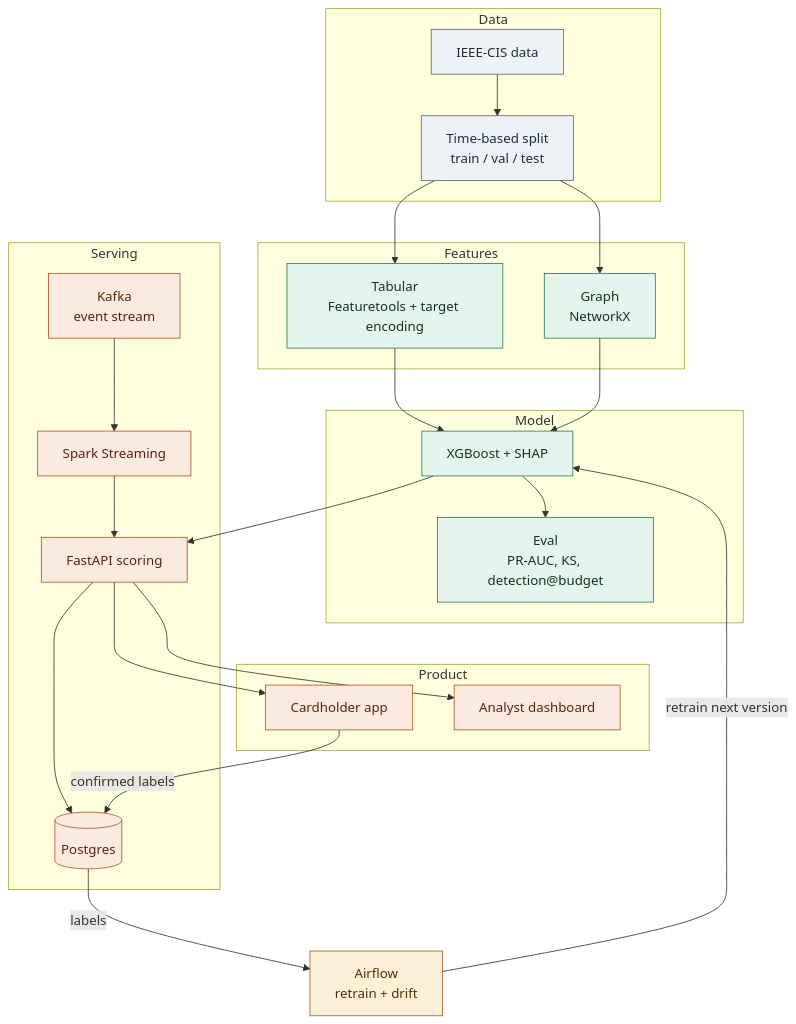
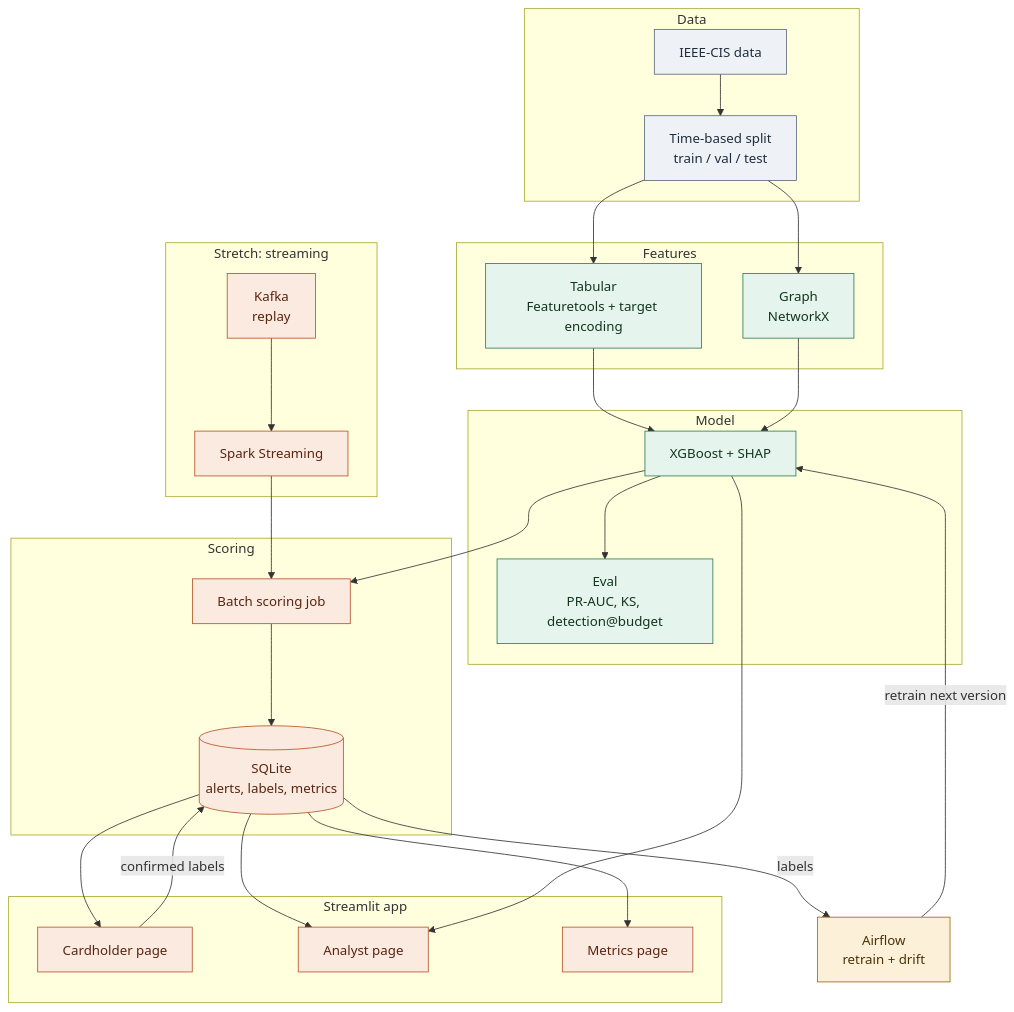
The second of 9 diagrams in fraud-system/README.md (Break-Through-Tech/Banking-1B-online-payment-fraud-detection-using-high-dimensional-transaction-data), drawn with Mermaid before and after one commit. The commit also changed other lines of this file and 2 other files, not shown here.

Commit message:
Update README and contracts for Streamlit plan

````diff
--- a/fraud-system/README.md
+++ b/fraud-system/README.md
@@ -49,45 +49,50 @@
 ```mermaid
 flowchart TD
     subgraph DATA["Data"]
       D1["IEEE-CIS data"] --> D2["Time-based split<br/>train / val / test"]
     end
     subgraph FEAT["Features"]
       F1["Tabular<br/>Featuretools + target encoding"]
       F2["Graph<br/>NetworkX"]
     end
     subgraph MODEL["Model"]
       M1["XGBoost + SHAP"]
       M2["Eval<br/>PR-AUC, KS, detection@budget"]
     end
-    subgraph SERVE["Serving"]
-      S1["Kafka<br/>event stream"] --> S2["Spark Streaming"]
-      S2 --> S3["FastAPI scoring"]
-      S3 --> S4[("Postgres")]
+    subgraph SERVE["Scoring"]
+      S3["Batch scoring job"] --> S4[("SQLite<br/>alerts, labels, metrics")]
     end
-    subgraph APPS["Product"]
-      A1["Cardholder app"]
-      A2["Analyst dashboard"]
+    subgraph STRETCH["Stretch: streaming"]
+      S1["Kafka<br/>replay"] --> S2["Spark Streaming"]
+    end
+    subgraph APPS["Streamlit app"]
+      A1["Cardholder page"]
+      A2["Analyst page"]
+      A3["Metrics page"]
     end
     O1["Airflow<br/>retrain + drift"]
 
     D2 --> F1
     D2 --> F2
     F1 --> M1
     F2 --> M1
     M1 --> M2
     M1 --> S3
-    S3 --> A1
-    S3 --> A2
+    S2 --> S3
+    S4 --> A1
+    S4 --> A2
+    S4 --> A3
+    M1 --> A2
     A1 -->|"confirmed labels"| S4
     S4 -->|"labels"| O1
     O1 -->|"retrain next version"| M1
 
     classDef data fill:#eef2f7,stroke:#5b6b7a,color:#1f2d3d;
     classDef core fill:#e5f4ec,stroke:#2e7d57,color:#13351f;
     classDef serve fill:#fbeadf,stroke:#b4552b,color:#5a2410;
     classDef orch fill:#fcf0d9,stroke:#9a6a12,color:#4a3206;
     class D1,D2 data;
     class F1,F2,M1,M2 core;
-    class S1,S2,S3,S4,A1,A2 serve;
+    class S1,S2,S3,S4,A1,A2,A3 serve;
     class O1 orch;
 ```
````
